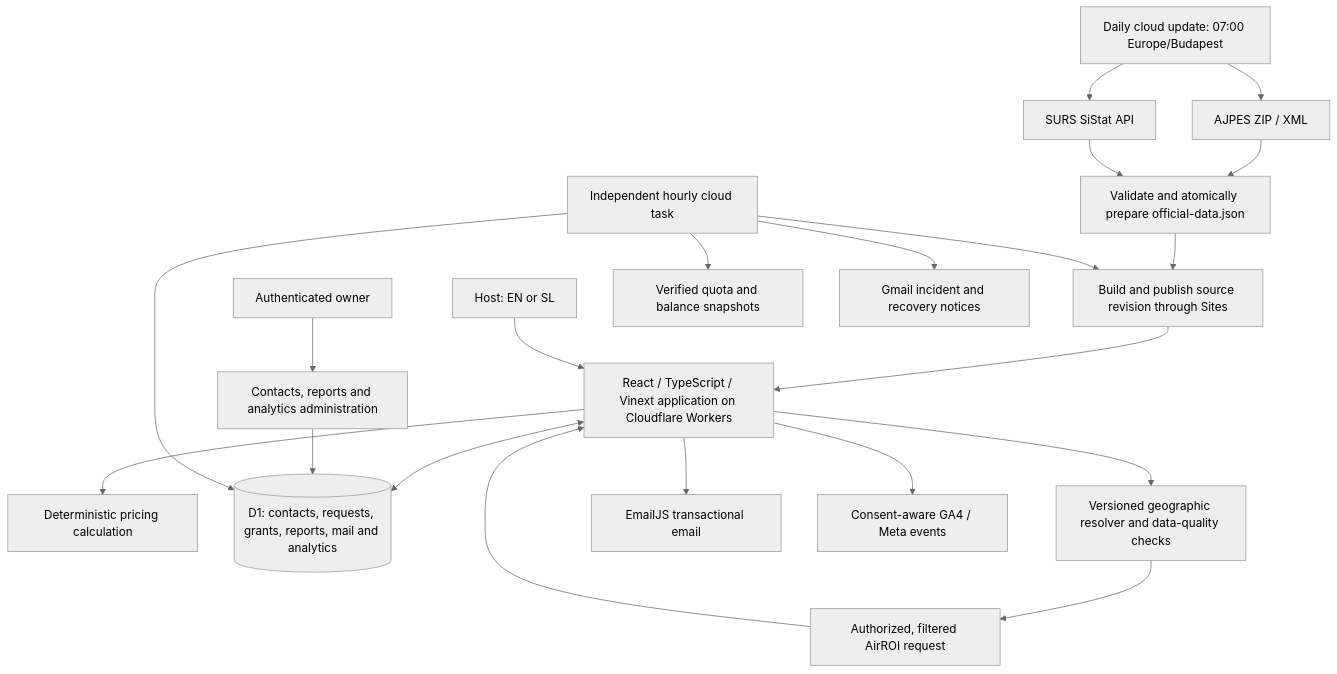
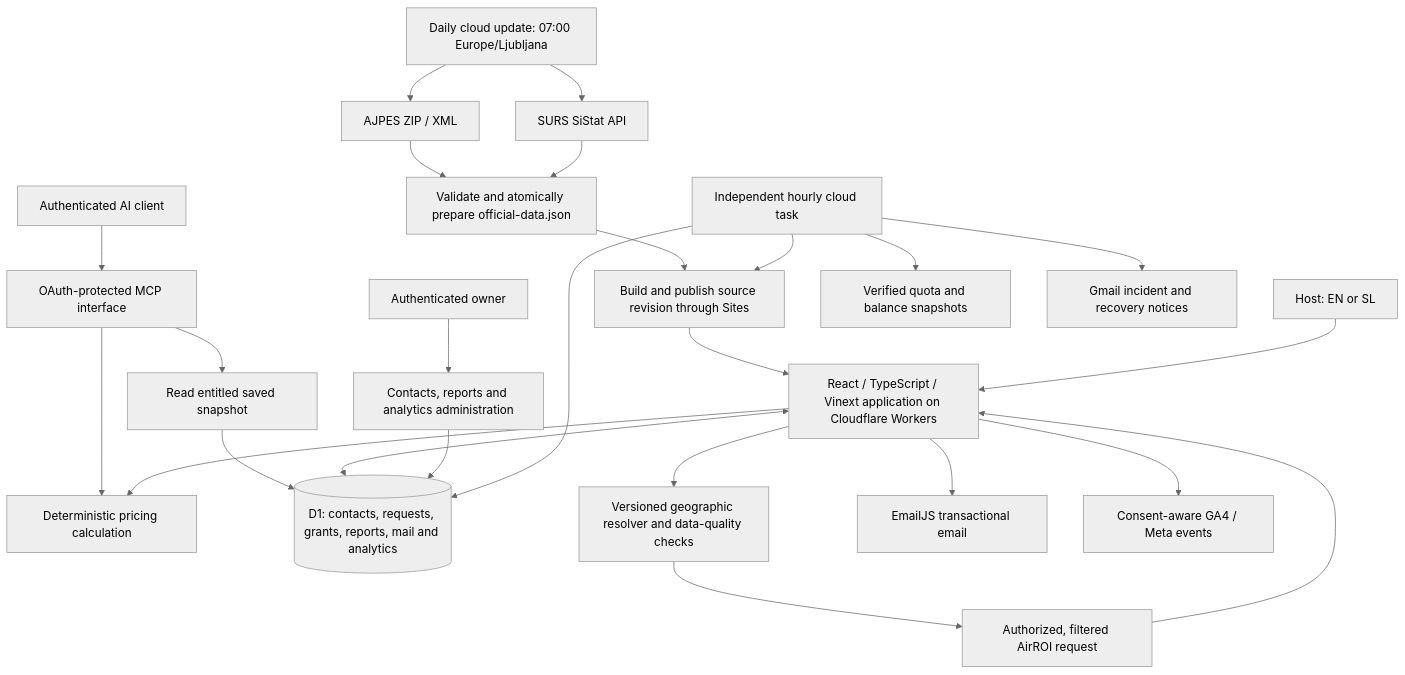
One commit to lillynikolaeff-cpu/adaptix-hospitality-showcase changed the first of 2 diagrams in ARCHITECTURE.md. Above: the diagram before and after it, drawn with Mermaid (neutral theme). The commit also changed other lines of this file and 2 other files, not shown here.

````diff
--- a/ARCHITECTURE.md
+++ b/ARCHITECTURE.md
@@ -9,23 +19,27 @@
 ```mermaid
 flowchart TB
-    UPDATE["Daily cloud update: 07:00 Europe/Budapest"] --> AJPES["AJPES ZIP / XML"]
+    UPDATE["Daily cloud update: 07:00 Europe/Ljubljana"] --> AJPES["AJPES ZIP / XML"]
     UPDATE --> SURS["SURS SiStat API"]
     AJPES --> PAIR["Validate and atomically prepare official-data.json"]
     SURS --> PAIR
     PAIR --> DEPLOY["Build and publish source revision through Sites"]
     DEPLOY --> APP["React / TypeScript / Vinext application on Cloudflare Workers"]
     HOST["Host: EN or SL"] --> APP
+    AI["Authenticated AI client"] --> MCP["OAuth-protected MCP interface"]
+    MCP --> CALC
+    MCP --> READ["Read entitled saved snapshot"]
+    READ --> DB
     APP --> CALC["Deterministic pricing calculation"]
     APP <--> DB[("D1: contacts, requests, grants, reports, mail and analytics")]
     APP --> MAP["Versioned geographic resolver and data-quality checks"]
     MAP --> AIRROI["Authorized, filtered AirROI request"]
     AIRROI --> APP
     APP --> EMAIL["EmailJS transactional email"]
     APP --> METRICS["Consent-aware GA4 / Meta events"]
     OWNER["Authenticated owner"] --> ADMIN["Contacts, reports and analytics administration"]
     ADMIN --> DB
     MONITOR["Independent hourly cloud task"] --> DEPLOY
     MONITOR --> DB
     MONITOR --> QUOTA["Verified quota and balance snapshots"]
     MONITOR --> GMAIL["Gmail incident and recovery notices"]
 ```
````
